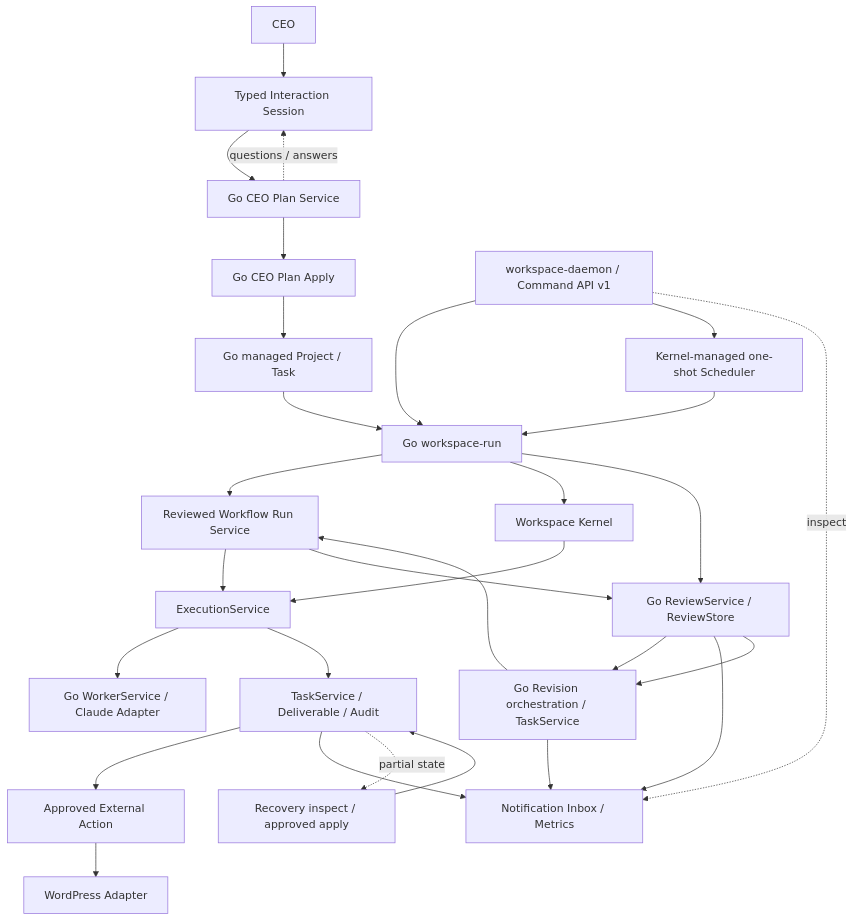
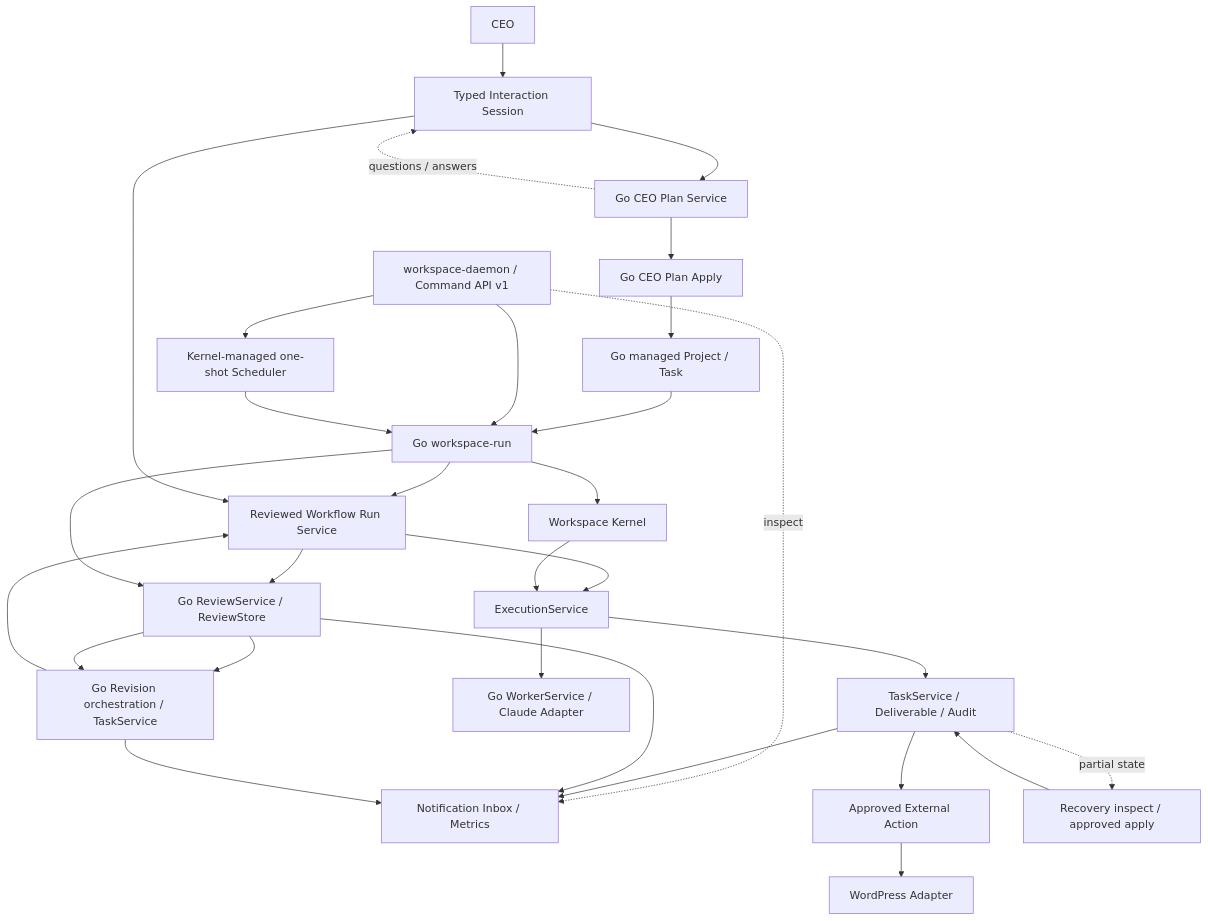
One commit to AkiraShimizu0/WorkCairn changed the diagram in docs/Architecture.md. Above: the diagram before and after it, drawn with Mermaid. The commit also changed other lines of this file and 25 other files, not shown here.

````diff
--- a/docs/Architecture.md
+++ b/docs/Architecture.md
@@ -9,31 +9,32 @@
 ```mermaid
 flowchart TD
     CEO["CEO"] --> Interaction["Typed Interaction Session"]
     Interaction --> Plan["Go CEO Plan Service"]
     Plan -. questions / answers .-> Interaction
     Plan --> Apply["Go CEO Plan Apply"]
     Apply --> Workflow["Go managed Project / Task"]
     Workflow --> Run["Go workspace-run"]
     API["workspace-daemon / Command API v1"] --> Run
     API --> Scheduler["Kernel-managed one-shot Scheduler"]
     Scheduler --> Run
     API -. inspect .-> Observe["Notification Inbox / Metrics"]
     Run --> WorkflowRun["Reviewed Workflow Run Service"]
+    Interaction --> WorkflowRun
     WorkflowRun --> Execution
     WorkflowRun --> Review
     Review --> Revision
     Revision --> WorkflowRun
     Run --> Kernel["Workspace Kernel"]
     Kernel --> Execution["ExecutionService"]
     Execution --> GoWorker["Go WorkerService / Claude Adapter"]
     Execution --> Task["TaskService / Deliverable / Audit"]
     Task --> Action["Approved External Action"]
     Action --> WordPress["WordPress Adapter"]
     Task --> Observe
     Review --> Observe
     Revision --> Observe
     Task -. partial state .-> Recovery["Recovery inspect / approved apply"]
     Recovery --> Task
     Run --> Review["Go ReviewService / ReviewStore"]
     Review --> Revision["Go Revision orchestration / TaskService"]
 ```
````
